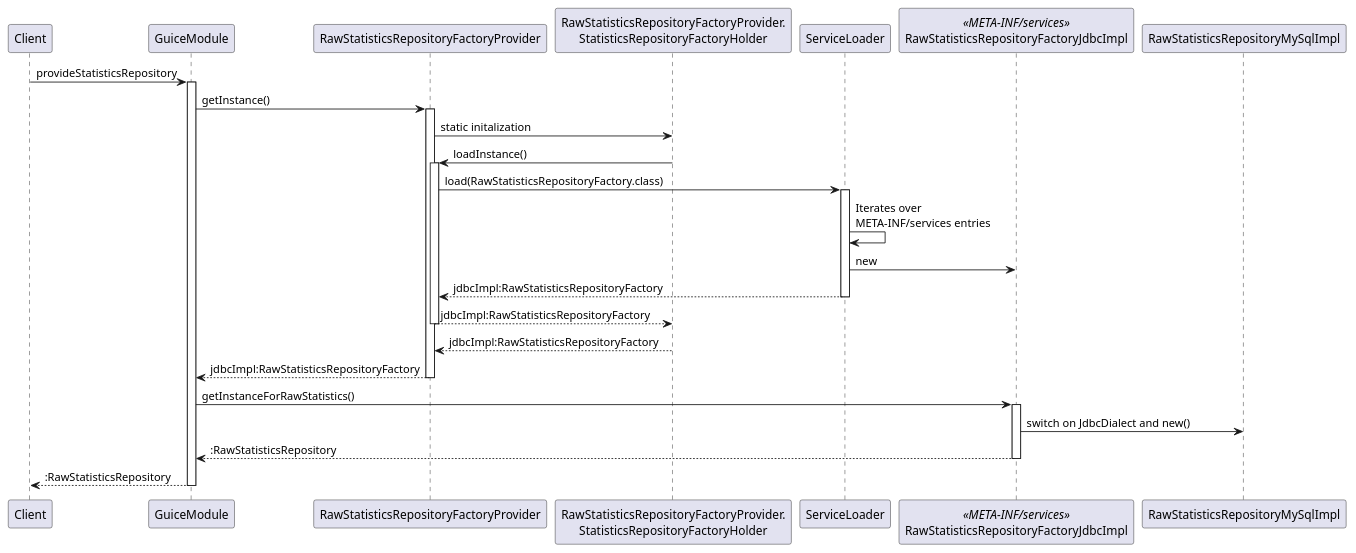
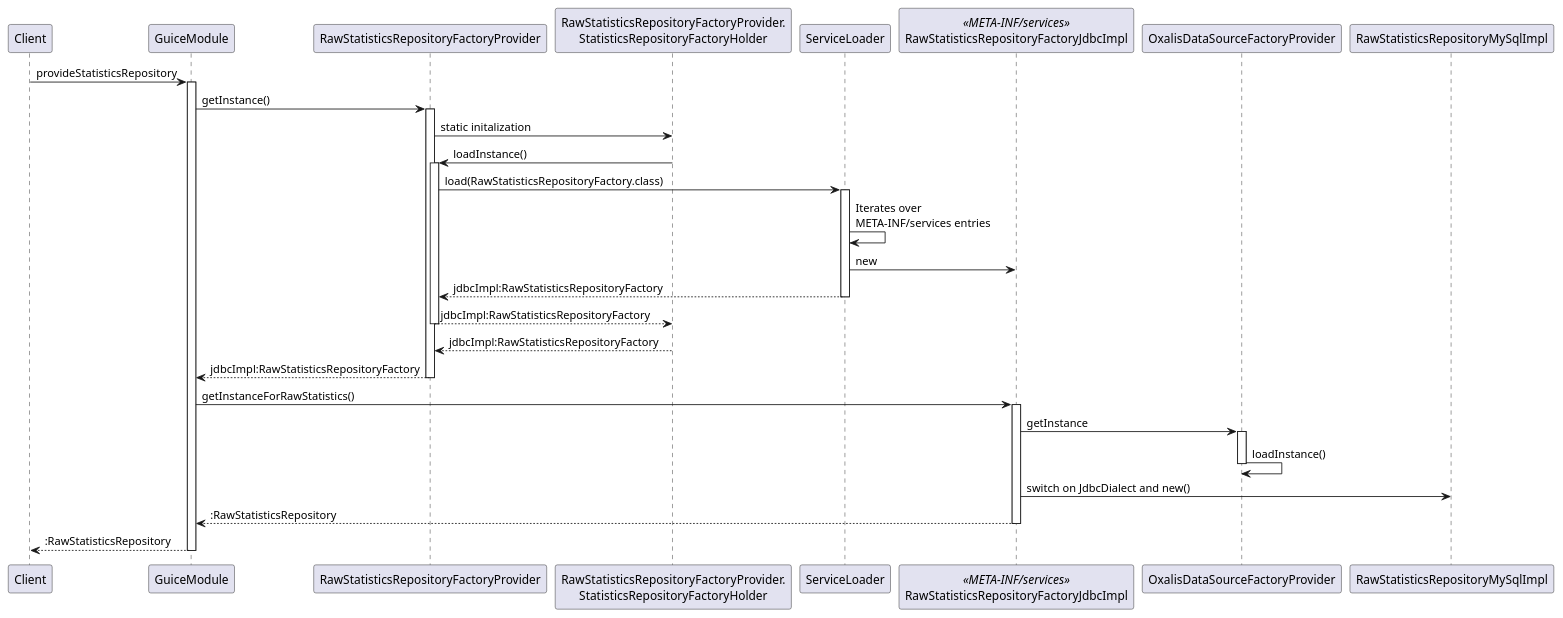
One commit to OxalisCommunity/oxalis changed the diagram in oxalis-commons/src/main/resources/Obtaining-database-connection.puml. Above: the diagram before and after it, drawn with PlantUML.

Commit message:
Added some more documentation

```diff
--- a/oxalis-commons/src/main/resources/Obtaining-database-connection.puml
+++ b/oxalis-commons/src/main/resources/Obtaining-database-connection.puml
@@ -1,34 +1,40 @@
 @startuml
 participant Client
 participant GuiceModule as GM
 participant RawStatisticsRepositoryFactoryProvider as RSRFP
 participant "RawStatisticsRepositoryFactoryProvider.\nStatisticsRepositoryFactoryHolder" as SRFH
 participant ServiceLoader
 participant RawStatisticsRepositoryFactoryJdbcImpl <<META-INF/services>>
 
 Client -> GM : provideStatisticsRepository
 activate GM
 GM -> RSRFP : getInstance()
 activate RSRFP
 RSRFP -> SRFH : static initalization
 SRFH -> RSRFP : loadInstance()
 activate RSRFP
 RSRFP -> ServiceLoader: load(RawStatisticsRepositoryFactory.class)
 activate ServiceLoader
 ServiceLoader -> ServiceLoader : Iterates over \nMETA-INF/services entries
 ServiceLoader -> RawStatisticsRepositoryFactoryJdbcImpl : new
 RSRFP <-- ServiceLoader : jdbcImpl:RawStatisticsRepositoryFactory
 deactivate ServiceLoader
 SRFH <-- RSRFP : jdbcImpl:RawStatisticsRepositoryFactory
 deactivate RSRFP
+
 RSRFP <-- SRFH : jdbcImpl:RawStatisticsRepositoryFactory
 GM <-- RSRFP : jdbcImpl:RawStatisticsRepositoryFactory
 deactivate RSRFP
 GM -> RawStatisticsRepositoryFactoryJdbcImpl : getInstanceForRawStatistics()
 activate RawStatisticsRepositoryFactoryJdbcImpl
+    RawStatisticsRepositoryFactoryJdbcImpl -> OxalisDataSourceFactoryProvider : getInstance
+    activate OxalisDataSourceFactoryProvider
+        OxalisDataSourceFactoryProvider -> OxalisDataSourceFactoryProvider: loadInstance()
+    deactivate OxalisDataSourceFactoryProvider
+
     RawStatisticsRepositoryFactoryJdbcImpl -> RawStatisticsRepositoryMySqlImpl : switch on JdbcDialect and new()
     GM <-- RawStatisticsRepositoryFactoryJdbcImpl : :RawStatisticsRepository
 deactivate RawStatisticsRepositoryFactoryJdbcImpl
 Client <-- GM : :RawStatisticsRepository
 deactivate GM
 @enduml
```
